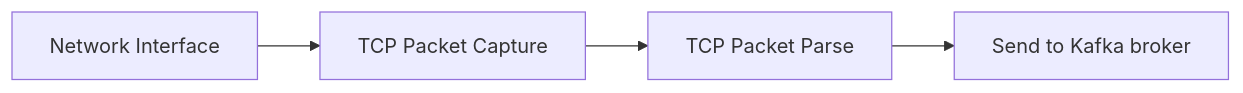
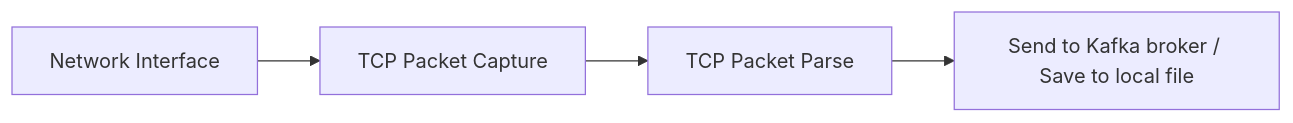
One commit to montplex/pcap_resp_replay changed the second of 3 diagrams in README.md. Above: the diagram before and after it, drawn with Mermaid. The commit also changed other lines of this file and 6 other files, not shown here.

Commit message:
feat: support dump packets to save to local file.

````diff
--- a/README.md
+++ b/README.md
@@ -20,6 +20,6 @@
 ```mermaid
 graph LR
     A[Network Interface] --> B[TCP Packet Capture]
     B --> C[TCP Packet Parse]
-    C --> D[Send to Kafka broker]
+    C --> D[Send to Kafka broker / Save to local file]
 ```
````
